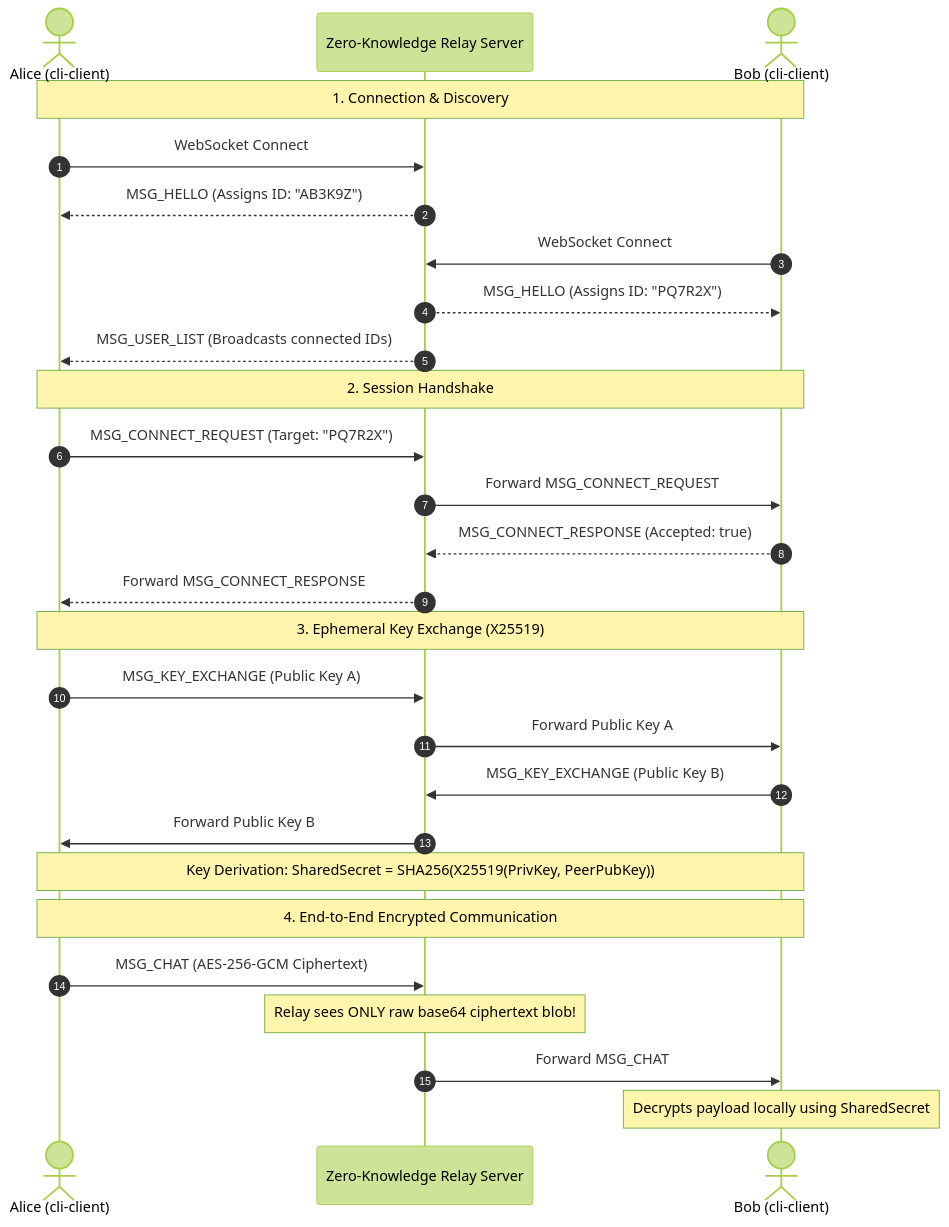
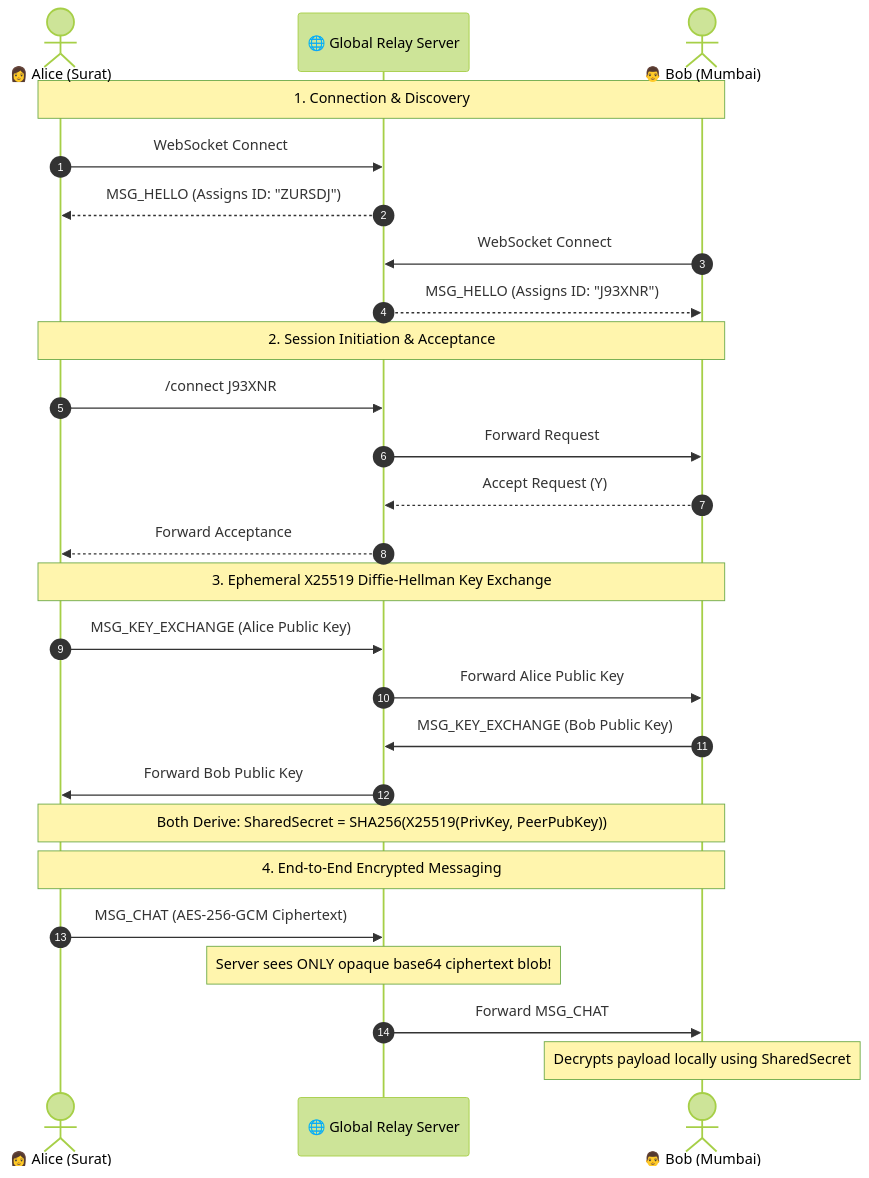
One commit to viveksec/termchat changed the diagram in README.md. Above: the diagram before and after it, drawn with Mermaid (forest theme). The commit also changed other lines of this file, not shown here.

Commit message:
docs: add high-impact hero hook, 1-liner global install command & security matrix

````diff
--- a/README.md
+++ b/README.md
@@ -42,34 +68,33 @@
 ```mermaid
 sequenceDiagram
     autonumber
-    actor Alice as Alice (cli-client)
-    participant Relay as Zero-Knowledge Relay Server
-    actor Bob as Bob (cli-client)
+    actor Alice as 👩 Alice (Surat)
+    participant Relay as 🌐 Global Relay Server
+    actor Bob as 👨 Bob (Mumbai)
 
     Note over Alice,Bob: 1. Connection & Discovery
     Alice->>Relay: WebSocket Connect
-    Relay-->>Alice: MSG_HELLO (Assigns ID: "AB3K9Z")
+    Relay-->>Alice: MSG_HELLO (Assigns ID: "ZURSDJ")
     Bob->>Relay: WebSocket Connect
-    Relay-->>Bob: MSG_HELLO (Assigns ID: "PQ7R2X")
-    Relay-->>Alice: MSG_USER_LIST (Broadcasts connected IDs)
+    Relay-->>Bob: MSG_HELLO (Assigns ID: "J93XNR")
 
-    Note over Alice,Bob: 2. Session Handshake
-    Alice->>Relay: MSG_CONNECT_REQUEST (Target: "PQ7R2X")
-    Relay->>Bob: Forward MSG_CONNECT_REQUEST
-    Bob-->>Relay: MSG_CONNECT_RESPONSE (Accepted: true)
-    Relay-->>Alice: Forward MSG_CONNECT_RESPONSE
+    Note over Alice,Bob: 2. Session Initiation & Acceptance
+    Alice->>Relay: /connect J93XNR
+    Relay->>Bob: Forward Request
+    Bob-->>Relay: Accept Request (Y)
+    Relay-->>Alice: Forward Acceptance
 
-    Note over Alice,Bob: 3. Ephemeral Key Exchange (X25519)
-    Alice->>Relay: MSG_KEY_EXCHANGE (Public Key A)
-    Relay->>Bob: Forward Public Key A
-    Bob->>Relay: MSG_KEY_EXCHANGE (Public Key B)
-    Relay->>Alice: Forward Public Key B
+    Note over Alice,Bob: 3. Ephemeral X25519 Diffie-Hellman Key Exchange
+    Alice->>Relay: MSG_KEY_EXCHANGE (Alice Public Key)
+    Relay->>Bob: Forward Alice Public Key
+    Bob->>Relay: MSG_KEY_EXCHANGE (Bob Public Key)
+    Relay->>Alice: Forward Bob Public Key
 
-    Note over Alice,Bob: Key Derivation: SharedSecret = SHA256(X25519(PrivKey, PeerPubKey))
+    Note over Alice,Bob: Both Derive: SharedSecret = SHA256(X25519(PrivKey, PeerPubKey))
 
-    Note over Alice,Bob: 4. End-to-End Encrypted Communication
+    Note over Alice,Bob: 4. End-to-End Encrypted Messaging
     Alice->>Relay: MSG_CHAT (AES-256-GCM Ciphertext)
-    Note over Relay: Relay sees ONLY raw base64 ciphertext blob!
+    Note over Relay: Server sees ONLY opaque base64 ciphertext blob!
     Relay->>Bob: Forward MSG_CHAT
     Note over Bob: Decrypts payload locally using SharedSecret
 ```
````
